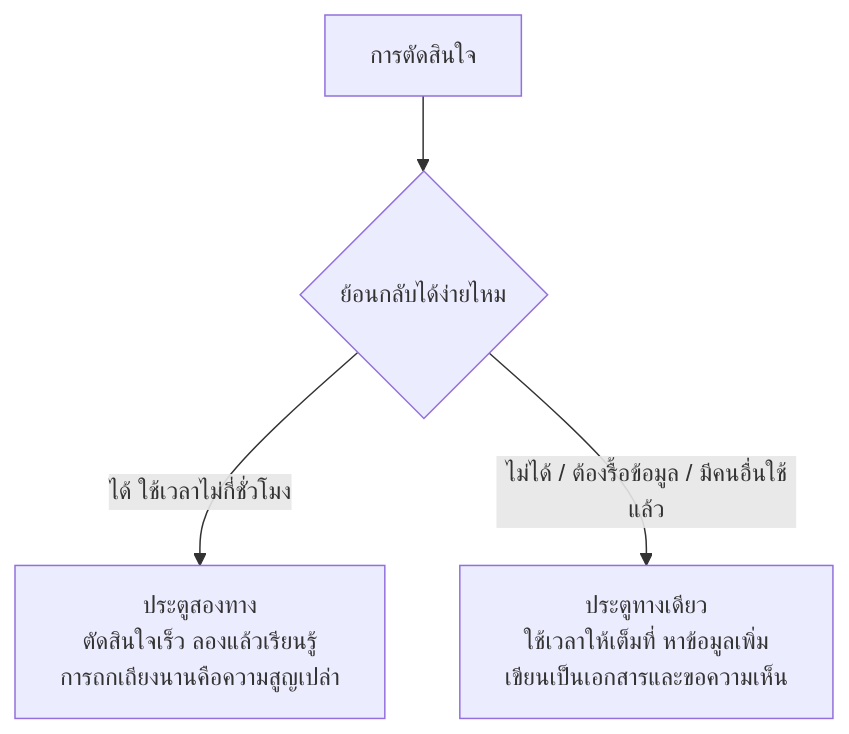
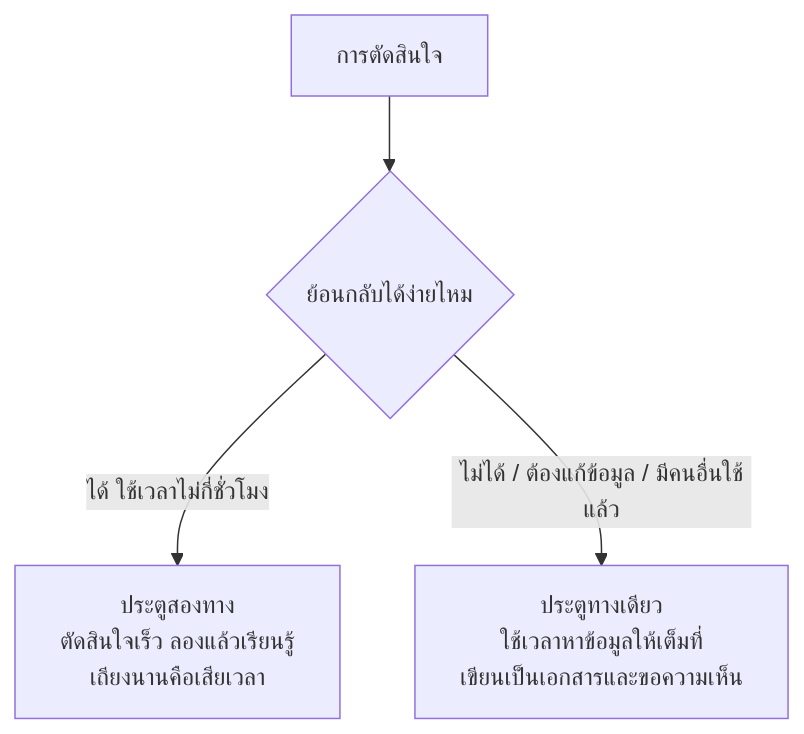
Before and after one commit to CE-SDPX/SDPX-AI: the fifth of 8 diagrams in readings/06-senior-software-engineer.md, drawn with Mermaid. The commit also changed other lines of this file and 6 other files, not shown here.

````diff
--- a/readings/06-senior-software-engineer.md
+++ b/readings/06-senior-software-engineer.md
@@ -238,6 +222,6 @@
 ```mermaid
 flowchart TD
     D["การตัดสินใจ"] --> Q{"ย้อนกลับได้ง่ายไหม"}
-    Q -->|"ได้ ใช้เวลาไม่กี่ชั่วโมง"| TW["ประตูสองทาง<br/>ตัดสินใจเร็ว ลองแล้วเรียนรู้<br/>การถกเถียงนานคือความสูญเปล่า"]
-    Q -->|"ไม่ได้ / ต้องรื้อข้อมูล / มีคนอื่นใช้แล้ว"| OW["ประตูทางเดียว<br/>ใช้เวลาให้เต็มที่ หาข้อมูลเพิ่ม<br/>เขียนเป็นเอกสารและขอความเห็น"]
+    Q -->|"ได้ ใช้เวลาไม่กี่ชั่วโมง"| TW["ประตูสองทาง<br/>ตัดสินใจเร็ว ลองแล้วเรียนรู้<br/>เถียงนานคือเสียเวลา"]
+    Q -->|"ไม่ได้ / ต้องแก้ข้อมูล / มีคนอื่นใช้แล้ว"| OW["ประตูทางเดียว<br/>ใช้เวลาหาข้อมูลให้เต็มที่<br/>เขียนเป็นเอกสารและขอความเห็น"]
 ```
````
